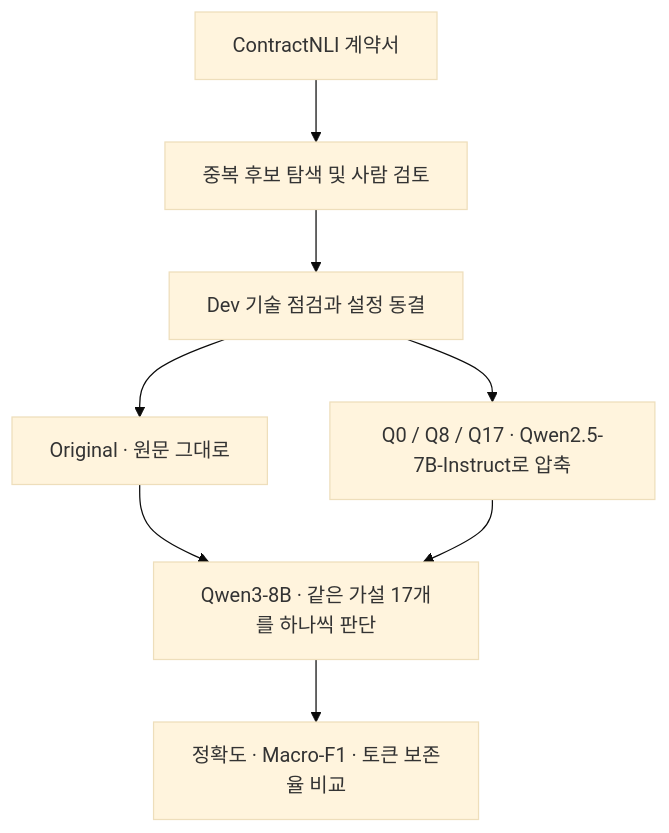
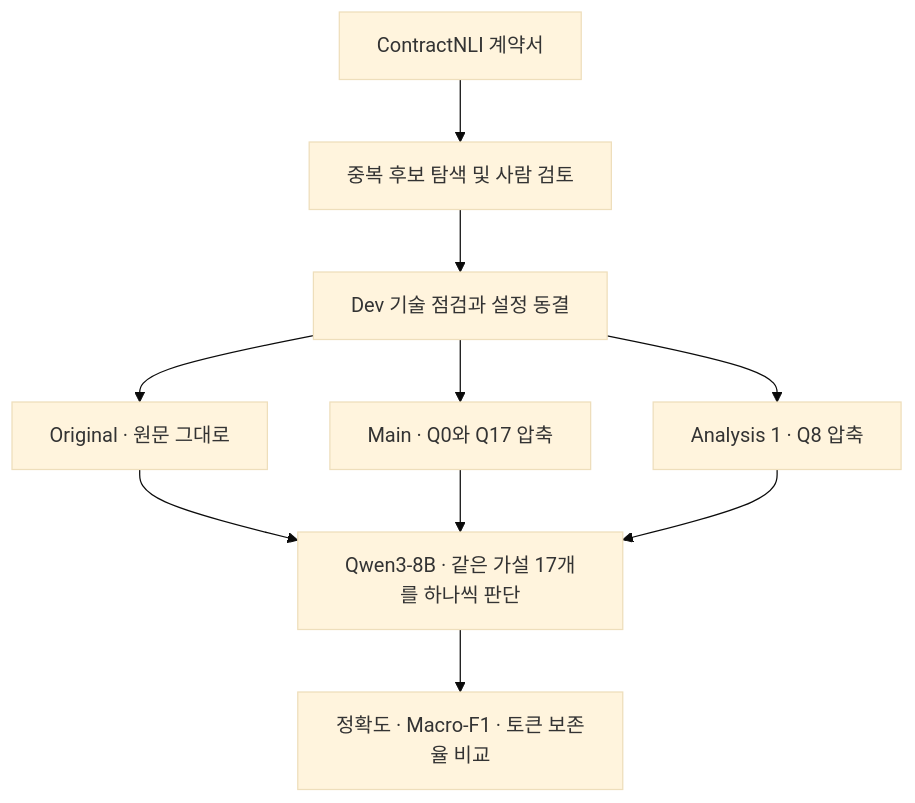
One commit to jaehwan7306/nlp-project changed the diagram in README.md. Above: the diagram before and after it, drawn with Mermaid (base theme). The commit also changed other lines of this file and 13 other files, not shown here.

````diff
--- a/README.md
+++ b/README.md
@@ -32,10 +32,12 @@
 ```mermaid
 flowchart TD
     A["ContractNLI 계약서"] --> B["중복 후보 탐색 및 사람 검토"]
     B --> C["Dev 기술 점검과 설정 동결"]
     C --> D["Original · 원문 그대로"]
-    C --> E["Q0 / Q8 / Q17 · Qwen2.5-7B-Instruct로 압축"]
+    C --> E["Main · Q0와 Q17 압축"]
+    C --> H["Analysis 1 · Q8 압축"]
     D --> F["Qwen3-8B · 같은 가설 17개를 하나씩 판단"]
     E --> F
+    H --> F
     F --> G["정확도 · Macro-F1 · 토큰 보존율 비교"]
 ```
````
